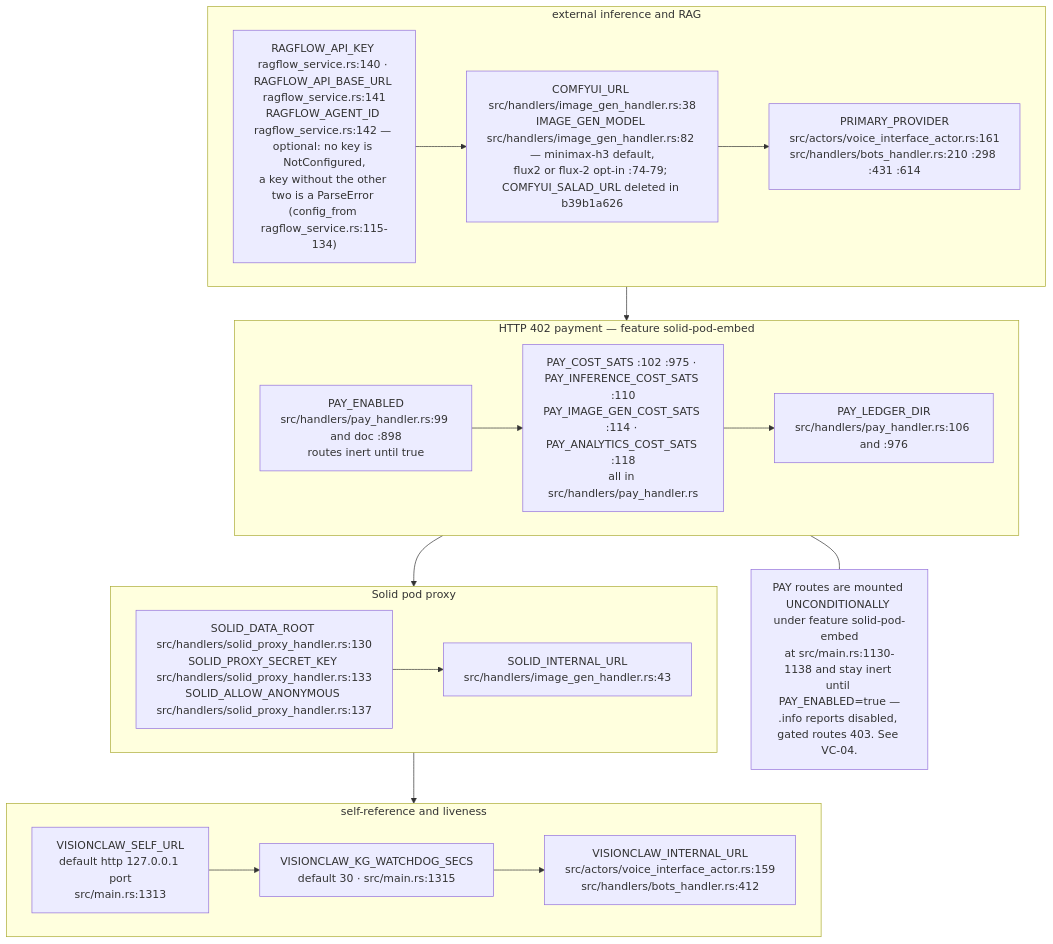
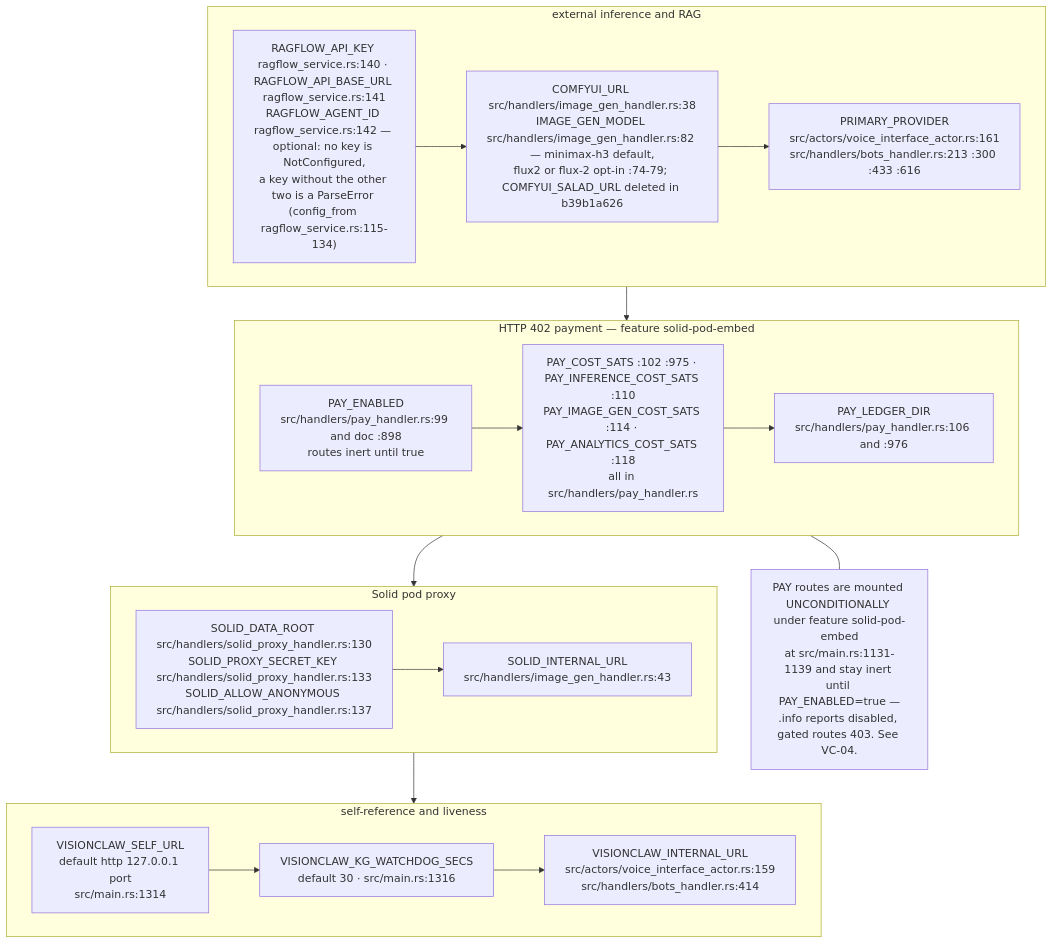
Diagram 13 of 16 in docs/diagrams/visionclaw/09-config-and-env-flags.md (DreamLab-AI/VisionFlow), drawn with Mermaid before and after one commit. The commit also changed other lines of this file and 49 other files, not shown here.

First line of the commit message:
docs(diagrams): re-derive and re-stamp VisionClaw, estate, knowledge-graph, visionGraph, VisionFlow and sidestr topics

````diff
--- a/docs/diagrams/visionclaw/09-config-and-env-flags.md
+++ b/docs/diagrams/visionclaw/09-config-and-env-flags.md
@@ -516,18 +516,18 @@
 ```mermaid
 flowchart TB
     subgraph EXT["external inference and RAG"]
-        X1["RAGFLOW_API_KEY ragflow_service.rs:140 · RAGFLOW_API_BASE_URL ragflow_service.rs:141<br/>RAGFLOW_AGENT_ID ragflow_service.rs:142 — optional: no key is NotConfigured,<br/>a key without the other two is a ParseError (config_from ragflow_service.rs:115-134)"] --> X2["COMFYUI_URL src/handlers/image_gen_handler.rs:38<br/>IMAGE_GEN_MODEL src/handlers/image_gen_handler.rs:82 — minimax-h3 default,<br/>flux2 or flux-2 opt-in :74-79; COMFYUI_SALAD_URL deleted in b39b1a626"] --> X3["PRIMARY_PROVIDER<br/>src/actors/voice_interface_actor.rs:161<br/>src/handlers/bots_handler.rs:210 :298 :431 :614"]
+        X1["RAGFLOW_API_KEY ragflow_service.rs:140 · RAGFLOW_API_BASE_URL ragflow_service.rs:141<br/>RAGFLOW_AGENT_ID ragflow_service.rs:142 — optional: no key is NotConfigured,<br/>a key without the other two is a ParseError (config_from ragflow_service.rs:115-134)"] --> X2["COMFYUI_URL src/handlers/image_gen_handler.rs:38<br/>IMAGE_GEN_MODEL src/handlers/image_gen_handler.rs:82 — minimax-h3 default,<br/>flux2 or flux-2 opt-in :74-79; COMFYUI_SALAD_URL deleted in b39b1a626"] --> X3["PRIMARY_PROVIDER<br/>src/actors/voice_interface_actor.rs:161<br/>src/handlers/bots_handler.rs:213 :300 :433 :616"]
     end
     subgraph PAY["HTTP 402 payment — feature solid-pod-embed"]
         P1["PAY_ENABLED<br/>src/handlers/pay_handler.rs:99 and doc :898<br/>routes inert until true"] --> P2["PAY_COST_SATS :102 :975 · PAY_INFERENCE_COST_SATS :110<br/>PAY_IMAGE_GEN_COST_SATS :114 · PAY_ANALYTICS_COST_SATS :118<br/>all in src/handlers/pay_handler.rs"] --> P3["PAY_LEDGER_DIR<br/>src/handlers/pay_handler.rs:106 and :976"]
     end
     subgraph SOLID["Solid pod proxy"]
         O1["SOLID_DATA_ROOT src/handlers/solid_proxy_handler.rs:130<br/>SOLID_PROXY_SECRET_KEY src/handlers/solid_proxy_handler.rs:133<br/>SOLID_ALLOW_ANONYMOUS src/handlers/solid_proxy_handler.rs:137"] --> O2["SOLID_INTERNAL_URL<br/>src/handlers/image_gen_handler.rs:43"]
     end
     subgraph SELF["self-reference and liveness"]
-        F1["VISIONCLAW_SELF_URL<br/>default http 127.0.0.1 port<br/>src/main.rs:1313"] --> F2["VISIONCLAW_KG_WATCHDOG_SECS<br/>default 30 · src/main.rs:1315"] --> F3["VISIONCLAW_INTERNAL_URL<br/>src/actors/voice_interface_actor.rs:159<br/>src/handlers/bots_handler.rs:412"]
+        F1["VISIONCLAW_SELF_URL<br/>default http 127.0.0.1 port<br/>src/main.rs:1314"] --> F2["VISIONCLAW_KG_WATCHDOG_SECS<br/>default 30 · src/main.rs:1316"] --> F3["VISIONCLAW_INTERNAL_URL<br/>src/actors/voice_interface_actor.rs:159<br/>src/handlers/bots_handler.rs:414"]
     end
     EXT --> PAY --> SOLID --> SELF
-    N5["PAY routes are mounted UNCONDITIONALLY under feature solid-pod-embed<br/>at src/main.rs:1130-1138 and stay inert until PAY_ENABLED=true —<br/>.info reports disabled, gated routes 403. See VC-04."]
+    N5["PAY routes are mounted UNCONDITIONALLY under feature solid-pod-embed<br/>at src/main.rs:1131-1139 and stay inert until PAY_ENABLED=true —<br/>.info reports disabled, gated routes 403. See VC-04."]
     PAY --- N5
 ```
````
